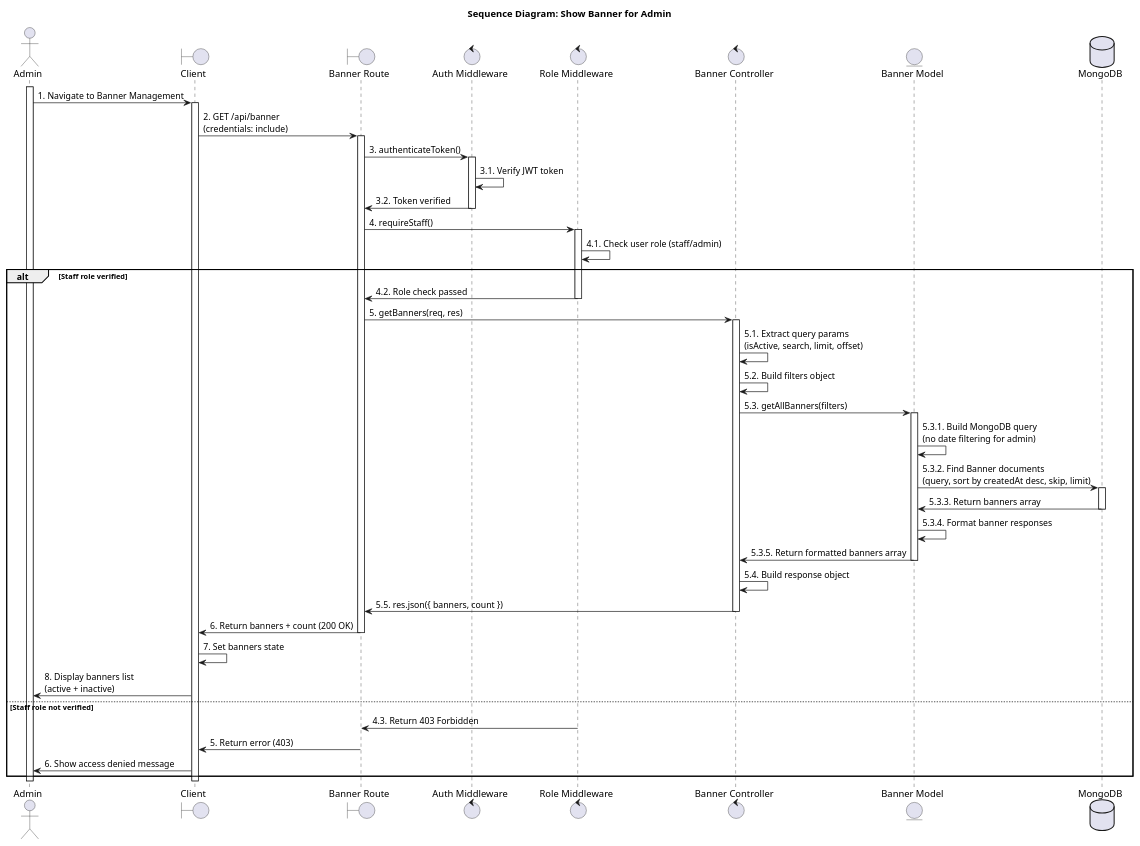
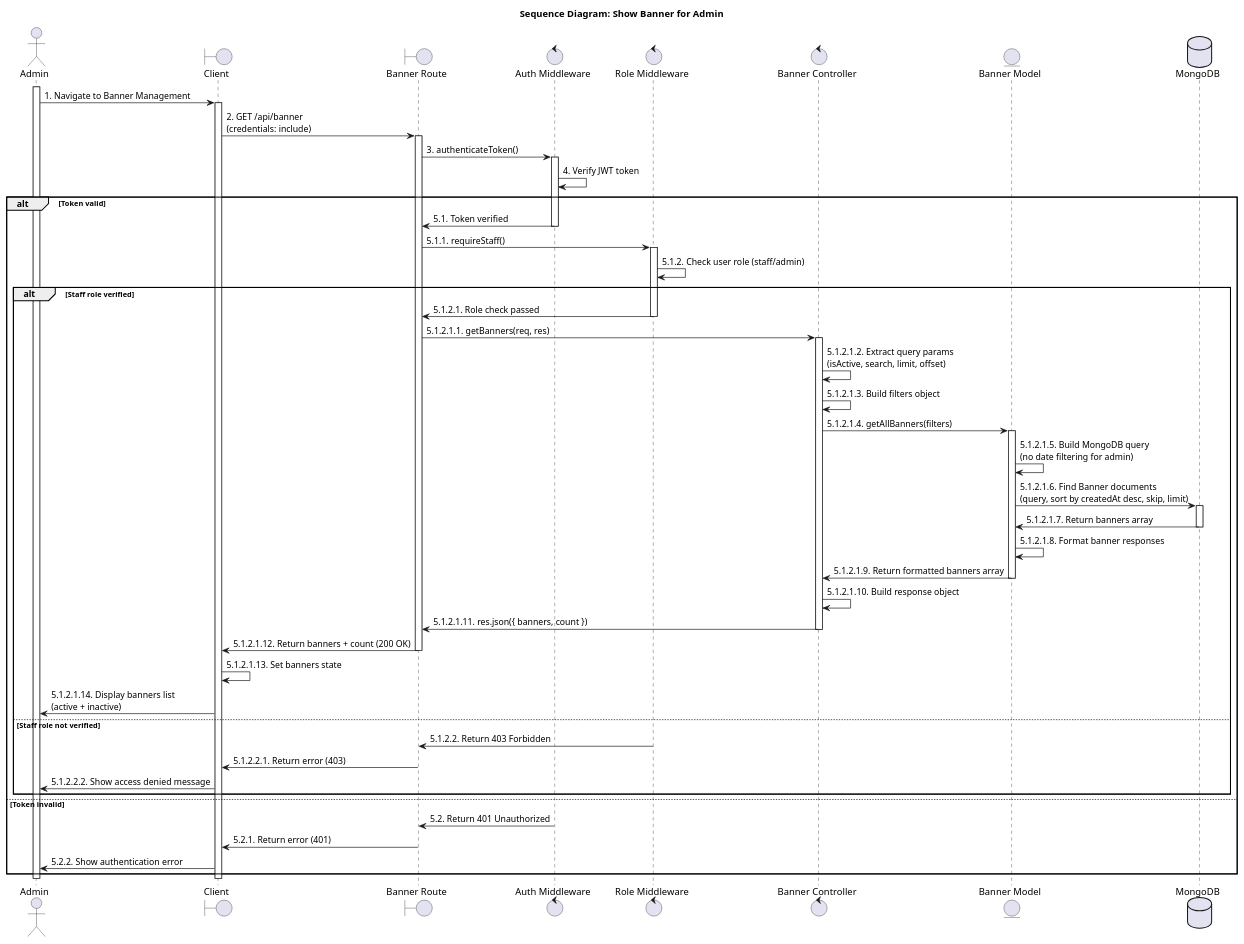
One commit to SvnFrs/re-oldvibes changed the sixth of 10 diagrams in SEQUENCE_DIAGRAMS_UC.md. Above: the diagram before and after it, drawn with PlantUML. The commit also changed other lines of this file, not shown here.

````diff
--- a/SEQUENCE_DIAGRAMS_UC.md
+++ b/SEQUENCE_DIAGRAMS_UC.md
@@ -396,61 +428,69 @@
 ```plantuml
 @startuml Show Banner for Admin
 title Sequence Diagram: Show Banner for Admin
 
 actor Admin
 boundary "Client" as Client
 boundary "Banner Route" as Route
 control "Auth Middleware" as AuthMiddleware
 control "Role Middleware" as RoleMiddleware
 control "Banner Controller" as Controller
 entity "Banner Model" as Model
 database "MongoDB" as Database
 
 activate Admin
 Admin -> Client : 1. Navigate to Banner Management
 activate Client
 Client -> Route : 2. GET /api/banner\n(credentials: include)
 activate Route
 Route -> AuthMiddleware : 3. authenticateToken()
 activate AuthMiddleware
-AuthMiddleware -> AuthMiddleware : 3.1. Verify JWT token
-AuthMiddleware -> Route : 3.2. Token verified
-deactivate AuthMiddleware
-Route -> RoleMiddleware : 4. requireStaff()
-activate RoleMiddleware
-RoleMiddleware -> RoleMiddleware : 4.1. Check user role (staff/admin)
-alt Staff role verified
-    RoleMiddleware -> Route : 4.2. Role check passed
-    deactivate RoleMiddleware
-    Route -> Controller : 5. getBanners(req, res)
-    activate Controller
-    Controller -> Controller : 5.1. Extract query params\n(isActive, search, limit, offset)
-    Controller -> Controller : 5.2. Build filters object
-    Controller -> Model : 5.3. getAllBanners(filters)
-    activate Model
-    Model -> Model : 5.3.1. Build MongoDB query\n(no date filtering for admin)
-    Model -> Database : 5.3.2. Find Banner documents\n(query, sort by createdAt desc, skip, limit)
-    activate Database
-    Database -> Model : 5.3.3. Return banners array
-    deactivate Database
-    Model -> Model : 5.3.4. Format banner responses
-    Model -> Controller : 5.3.5. Return formatted banners array
-    deactivate Model
-    Controller -> Controller : 5.4. Build response object
-    Controller -> Route : 5.5. res.json({ banners, count })
-    deactivate Controller
-    Route -> Client : 6. Return banners + count (200 OK)
+AuthMiddleware -> AuthMiddleware : 4. Verify JWT token
+alt Token valid
+    AuthMiddleware -> Route : 5.1. Token verified
+    deactivate AuthMiddleware
+    Route -> RoleMiddleware : 5.1.1. requireStaff()
+    activate RoleMiddleware
+    RoleMiddleware -> RoleMiddleware : 5.1.2. Check user role (staff/admin)
+    alt Staff role verified
+        RoleMiddleware -> Route : 5.1.2.1. Role check passed
+        deactivate RoleMiddleware
+        Route -> Controller : 5.1.2.1.1. getBanners(req, res)
+        activate Controller
+        Controller -> Controller : 5.1.2.1.2. Extract query params\n(isActive, search, limit, offset)
+        Controller -> Controller : 5.1.2.1.3. Build filters object
+        Controller -> Model : 5.1.2.1.4. getAllBanners(filters)
+        activate Model
+        Model -> Model : 5.1.2.1.5. Build MongoDB query\n(no date filtering for admin)
+        Model -> Database : 5.1.2.1.6. Find Banner documents\n(query, sort by createdAt desc, skip, limit)
+        activate Database
+        Database -> Model : 5.1.2.1.7. Return banners array
+        deactivate Database
+        Model -> Model : 5.1.2.1.8. Format banner responses
+        Model -> Controller : 5.1.2.1.9. Return formatted banners array
+        deactivate Model
+        Controller -> Controller : 5.1.2.1.10. Build response object
+        Controller -> Route : 5.1.2.1.11. res.json({ banners, count })
+        deactivate Controller
+        Route -> Client : 5.1.2.1.12. Return banners + count (200 OK)
+        deactivate Route
+        Client -> Client : 5.1.2.1.13. Set banners state
+        Client -> Admin : 5.1.2.1.14. Display banners list\n(active + inactive)
+    else Staff role not verified
+        RoleMiddleware -> Route : 5.1.2.2. Return 403 Forbidden
+        deactivate RoleMiddleware
+        Route -> Client : 5.1.2.2.1. Return error (403)
+        deactivate Route
+        Client -> Admin : 5.1.2.2.2. Show access denied message
+    end
+else Token invalid
+    AuthMiddleware -> Route : 5.2. Return 401 Unauthorized
+    deactivate AuthMiddleware
+    Route -> Client : 5.2.1. Return error (401)
     deactivate Route
-    Client -> Client : 7. Set banners state
-    Client -> Admin : 8. Display banners list\n(active + inactive)
-else Staff role not verified
-    RoleMiddleware -> Route : 4.3. Return 403 Forbidden
-    deactivate RoleMiddleware
-    Route -> Client : 5. Return error (403)
-    deactivate Route
-    Client -> Admin : 6. Show access denied message
+    Client -> Admin : 5.2.2. Show authentication error
 end
 deactivate Client
 deactivate Admin
 @enduml
 ```
````
